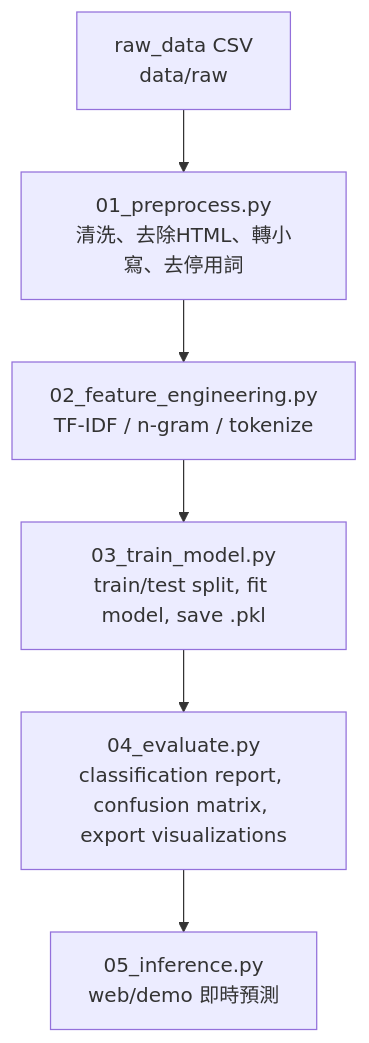
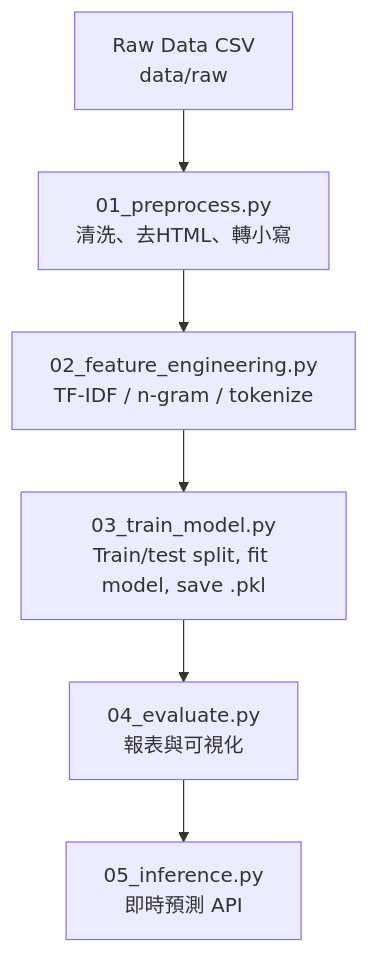
One commit to ritalinyutzu/mobile-reviews-sentiment-analysis changed the diagram in README.md. Above: the diagram before and after it, drawn with Mermaid. The commit also changed other lines of this file, not shown here.

````diff
--- a/README.md
+++ b/README.md
@@ -65,8 +74,8 @@
 ```mermaid
 flowchart TD
-    A[raw_data CSV<br>data/raw] --> B[01_preprocess.py<br>清洗、去除HTML、轉小寫、去停用詞]
+    A[Raw Data CSV<br>data/raw] --> B[01_preprocess.py<br>清洗、去HTML、轉小寫]
     B --> C[02_feature_engineering.py<br>TF-IDF / n-gram / tokenize]
-    C --> D[03_train_model.py<br>train/test split, fit model, save .pkl]
-    D --> E[04_evaluate.py<br>classification report, confusion matrix, export visualizations]
-    E --> F[05_inference.py<br>web/demo 即時預測]
+    C --> D[03_train_model.py<br>Train/test split, fit model, save .pkl]
+    D --> E[04_evaluate.py<br>報表與可視化]
+    E --> F[05_inference.py<br>即時預測 API]
 ```
````
